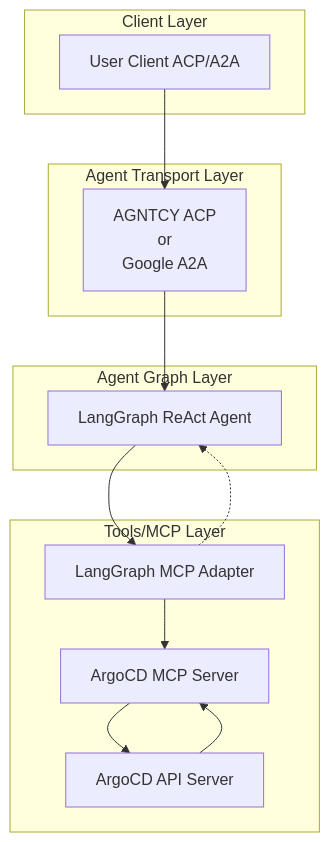
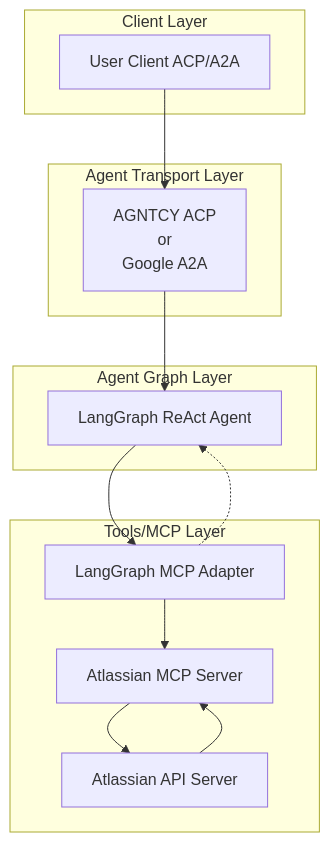
One commit to tensai828/ai-driven-platform-operations changed the diagram in ai_platform_engineering/agents/jira/README.md. Above: the diagram before and after it, drawn with Mermaid. The commit also changed other lines of this file and 165 other files, not shown here.

````diff
--- a/ai_platform_engineering/agents/jira/README.md
+++ b/ai_platform_engineering/agents/jira/README.md
@@ -31,25 +31,25 @@
 ```mermaid
 flowchart TD
   subgraph Client Layer
     A[User Client ACP/A2A]
   end
 
   subgraph Agent Transport Layer
     B[AGNTCY ACP<br/>or<br/>Google A2A]
   end
 
   subgraph Agent Graph Layer
     C[LangGraph ReAct Agent]
   end
 
   subgraph Tools/MCP Layer
     D[LangGraph MCP Adapter]
-    E[ArgoCD MCP Server]
-    F[ArgoCD API Server]
+    E[Atlassian MCP Server]
+    F[Atlassian API Server]
   end
 
   A --> B --> C
   C --> D
   D -.-> C
   D --> E --> F --> E
 ```
````
